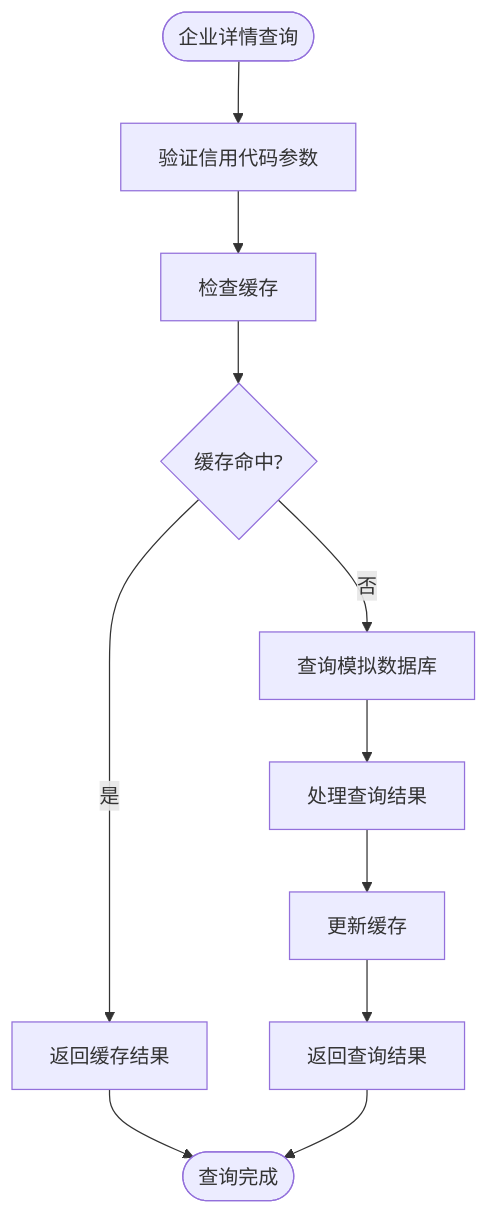
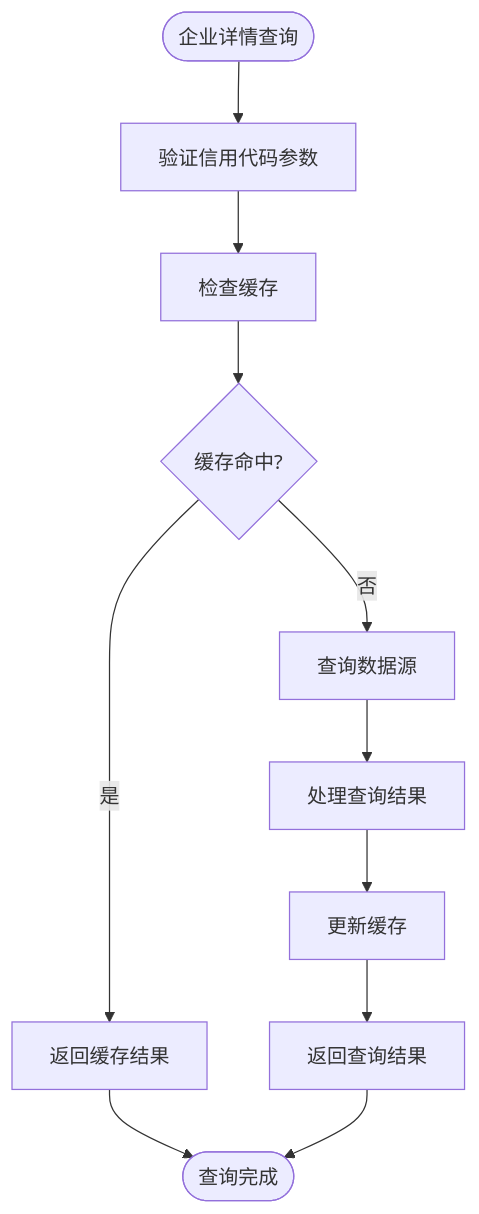
Diagram 14 of 34 in .qoder/repowiki/zh/content/Database Schema.md (xianjianshenqu/SalesFlow-CRM), drawn with Mermaid before and after one commit. The commit also changed other lines of this file and 7 other files, not shown here.

````diff
--- a/.qoder/repowiki/zh/content/Database Schema.md
+++ b/.qoder/repowiki/zh/content/Database Schema.md
@@ -724,13 +831,13 @@
 ```mermaid
 flowchart TD
 Start([企业详情查询]) --> ValidateParams[验证信用代码参数]
 ValidateParams --> CheckCache[检查缓存]
 CheckCache --> CacheHit{缓存命中?}
 CacheHit --> |是| ReturnCached[返回缓存结果]
-CacheHit --> |否| QueryDB[查询模拟数据库]
-QueryDB --> ProcessResult[处理查询结果]
+CacheHit --> |否| QueryDataSources[查询数据源]
+QueryDataSources --> ProcessResult[处理查询结果]
 ProcessResult --> UpdateCache[更新缓存]
 UpdateCache --> ReturnResult[返回查询结果]
 ReturnCached --> End([查询完成])
 ReturnResult --> End
 ```
````
